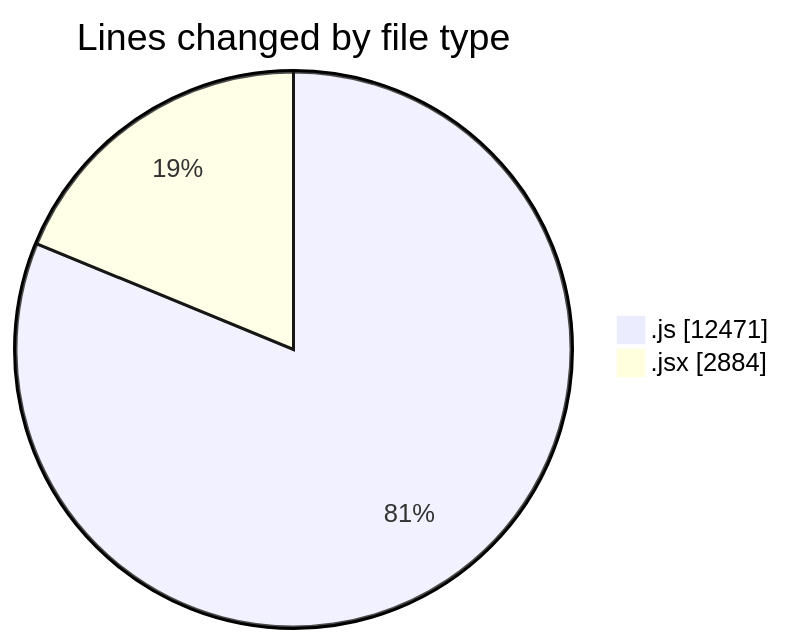
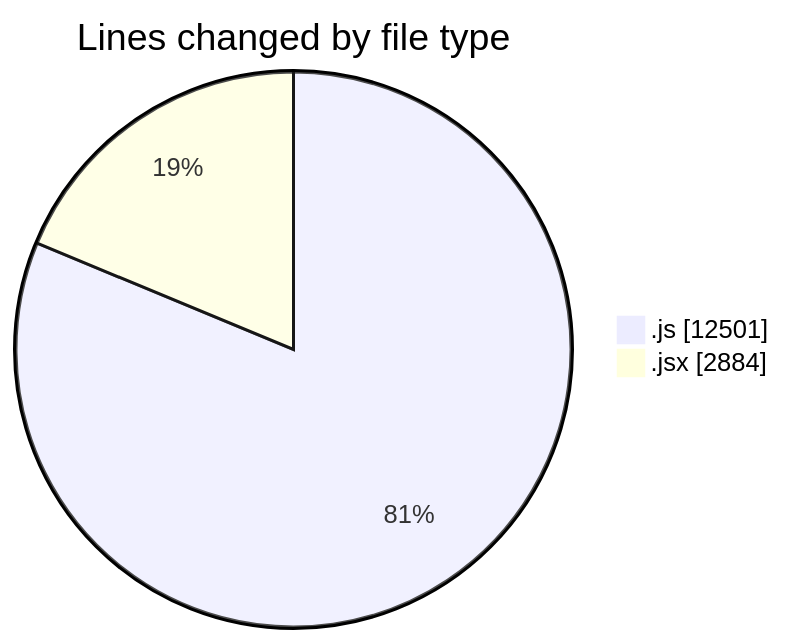
The first of 2 diagrams in 2025-09-26/nxtqube_webapp/README.md (nxtqubesakshisongat/code-tracking), drawn with Mermaid before and after one commit. The commit also changed other lines of this file and 1 other file, not shown here.

````diff
--- a/2025-09-26/nxtqube_webapp/README.md
+++ b/2025-09-26/nxtqube_webapp/README.md
@@ -26,6 +26,6 @@
 ```mermaid
 pie showData
 title Lines changed by file type
-".js" : 12471
+".js" : 12501
 ".jsx" : 2884
 ```
````
